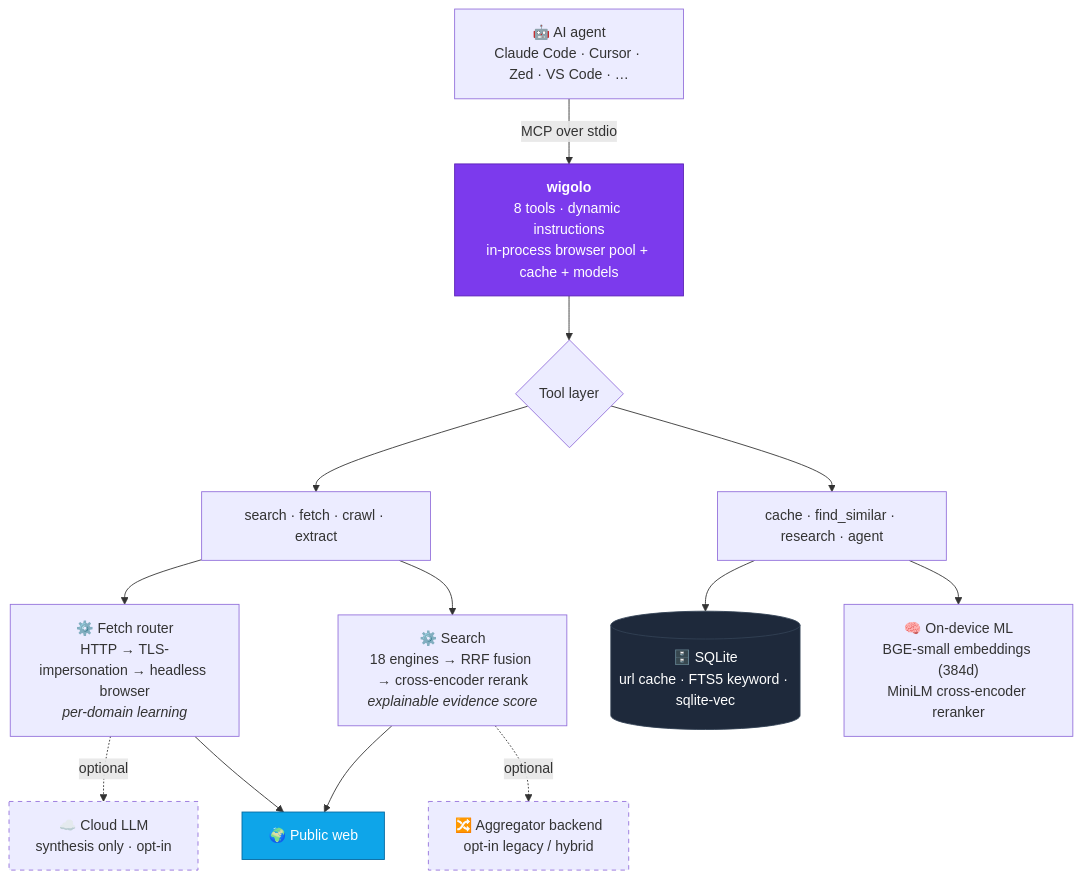
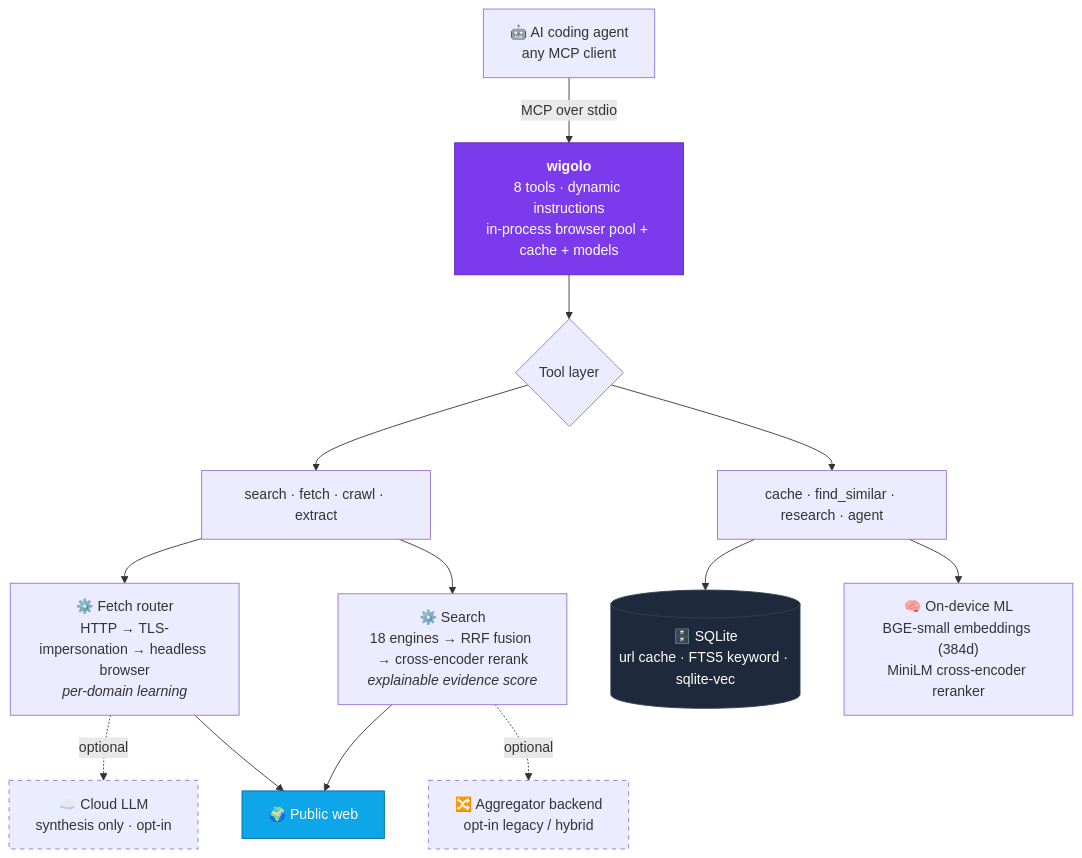
One commit to codingwatching/wigolo changed the diagram in README.md. Above: the diagram before and after it, drawn with Mermaid. The commit also changed other lines of this file and 3 other files, not shown here.

````diff
--- a/README.md
+++ b/README.md
@@ -105,26 +68,26 @@
 ```mermaid
 flowchart TD
-    A["🤖 AI agent<br/>Claude Code · Cursor · Zed · VS Code · …"]
+    A["🤖 AI coding agent<br/>any MCP client"]
     A -->|MCP over stdio| B["<b>wigolo</b><br/>8 tools · dynamic instructions<br/>in-process browser pool + cache + models"]
 
     B --> C{"Tool layer"}
     C --> T1["search · fetch · crawl · extract"]
     C --> T2["cache · find_similar · research · agent"]
 
     T1 --> F["⚙️ Fetch router<br/>HTTP → TLS-impersonation → headless browser<br/><i>per-domain learning</i>"]
     T1 --> S["⚙️ Search<br/>18 engines → RRF fusion → cross-encoder rerank<br/><i>explainable evidence score</i>"]
     T2 --> DB[("🗄️ SQLite<br/>url cache · FTS5 keyword · sqlite-vec")]
     T2 --> ML["🧠 On-device ML<br/>BGE-small embeddings (384d)<br/>MiniLM cross-encoder reranker"]
 
     F -.->|optional| LLM["☁️ Cloud LLM<br/>synthesis only · opt-in"]
     S -.->|optional| SX["🔀 Aggregator backend<br/>opt-in legacy / hybrid"]
 
     F --> WEB["🌍 Public web"]
     S --> WEB
 
     style B fill:#7c3aed,stroke:#5b21b6,color:#fff
     style WEB fill:#0ea5e9,stroke:#0369a1,color:#fff
     style DB fill:#1e293b,stroke:#334155,color:#fff
     style LLM stroke-dasharray: 5 5
     style SX stroke-dasharray: 5 5
 ```
````
